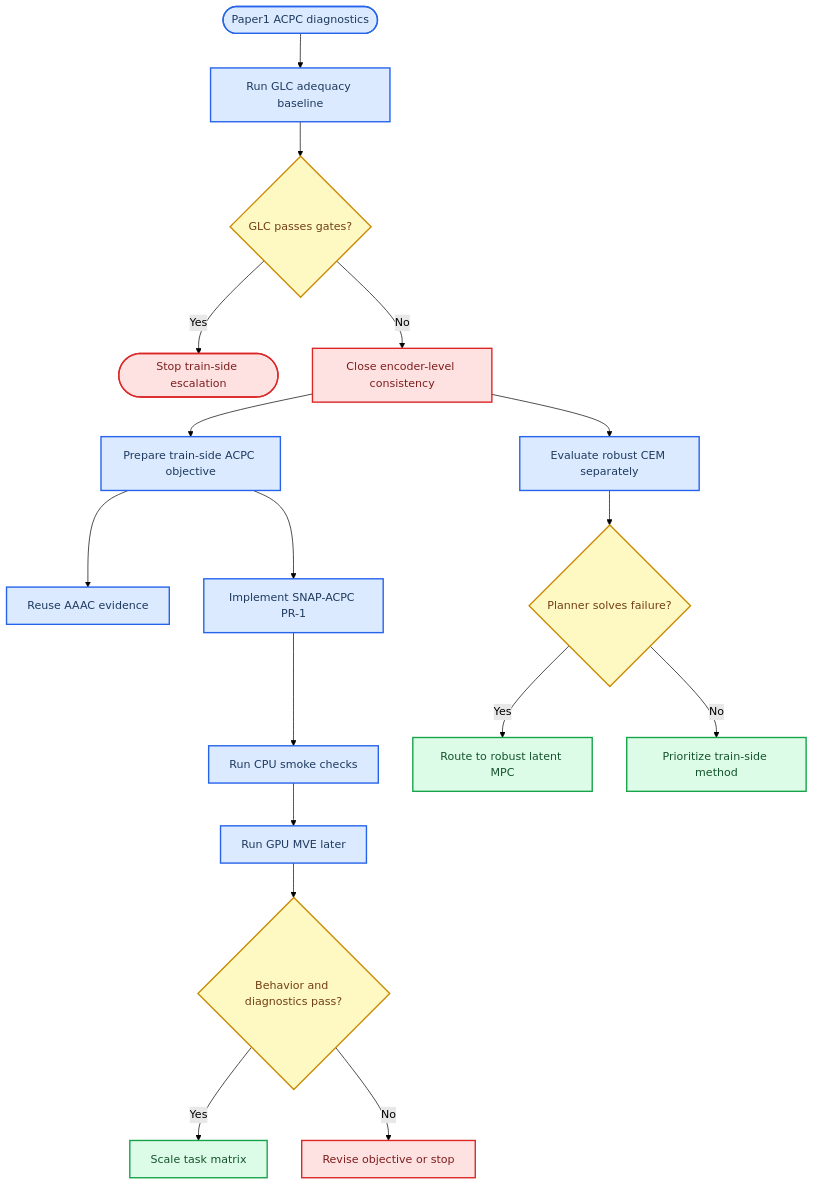
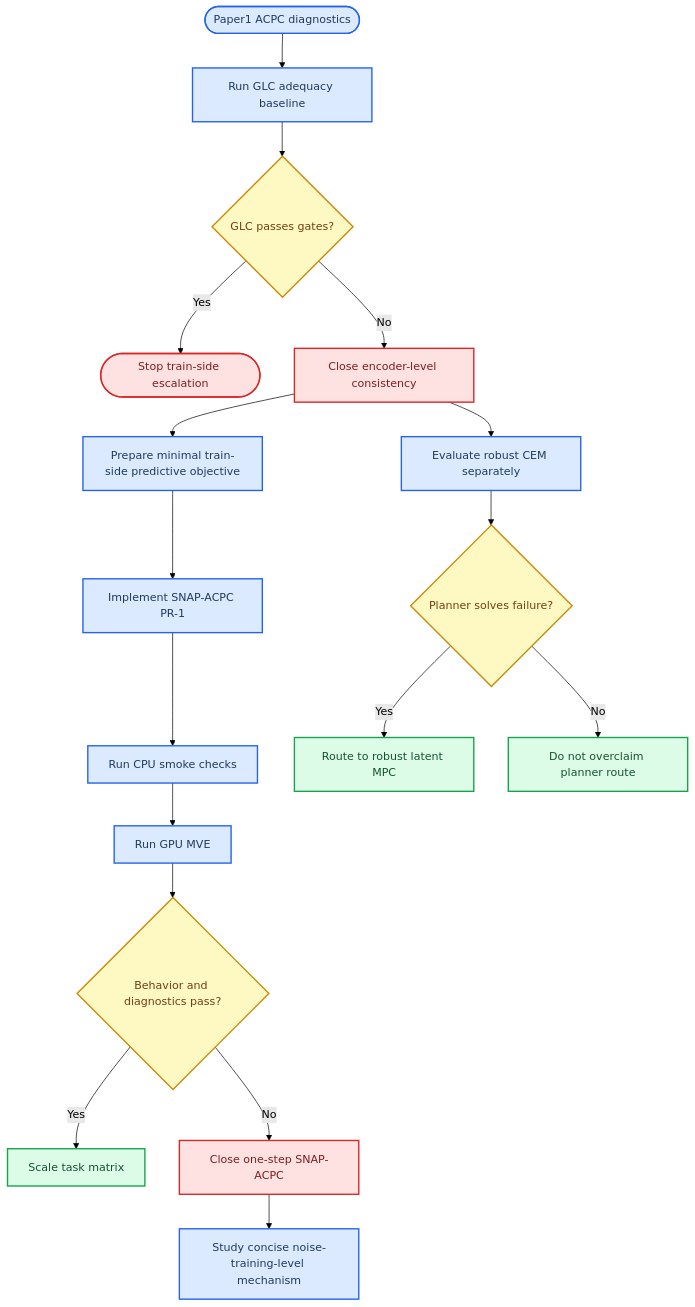
Before and after one commit to Holosemantix/CairnLab: the diagram in paper2/PLAN.md, drawn with Mermaid (forest theme). The commit also changed other lines of this file and 6 other files, not shown here.

````diff
--- a/paper2/PLAN.md
+++ b/paper2/PLAN.md
@@ -135,35 +164,35 @@
 ```mermaid
 flowchart TB
     accTitle: Paper2 Method Gate
     accDescr: Decision flow from Paper1 diagnostics through GLC closure into train-side and planner-side Paper2 candidates
 
     paper1_diag([Paper1 ACPC diagnostics]) --> glc_baseline[Run GLC adequacy baseline]
     glc_baseline --> glc_gate{GLC passes gates?}
     glc_gate -->|Yes| stop_encoder([Stop train-side escalation])
     glc_gate -->|No| close_glc[Close encoder-level consistency]
 
-    close_glc --> train_side[Prepare train-side ACPC objective]
+    close_glc --> train_side[Prepare minimal train-side predictive objective]
     close_glc --> planner_side[Evaluate robust CEM separately]
 
-    train_side --> aaac_existing[Reuse AAAC evidence]
     train_side --> snap_pr1[Implement SNAP-ACPC PR-1]
     snap_pr1 --> cpu_smoke[Run CPU smoke checks]
-    cpu_smoke --> gpu_mve[Run GPU MVE later]
+    cpu_smoke --> gpu_mve[Run GPU MVE]
     gpu_mve --> final_gate{Behavior and diagnostics pass?}
 
     final_gate -->|Yes| scale_tasks[Scale task matrix]
-    final_gate -->|No| revise_objective[Revise objective or stop]
+    final_gate -->|No| close_snap[Close one-step SNAP-ACPC]
+    close_snap --> next_hypothesis[Study concise noise-training-level mechanism]
     planner_side --> planner_gate{Planner solves failure?}
     planner_gate -->|Yes| robust_mpc[Route to robust latent MPC]
-    planner_gate -->|No| train_priority[Prioritize train-side method]
+    planner_gate -->|No| train_priority[Do not overclaim planner route]
 
     classDef evidence fill:#dbeafe,stroke:#2563eb,stroke-width:2px,color:#1e3a5f
     classDef decision fill:#fef9c3,stroke:#ca8a04,stroke-width:2px,color:#713f12
     classDef stop fill:#fee2e2,stroke:#dc2626,stroke-width:2px,color:#7f1d1d
     classDef success fill:#dcfce7,stroke:#16a34a,stroke-width:2px,color:#14532d
 
-    class paper1_diag,glc_baseline,train_side,planner_side,aaac_existing,snap_pr1,cpu_smoke,gpu_mve evidence
+    class paper1_diag,glc_baseline,train_side,planner_side,snap_pr1,cpu_smoke,gpu_mve,next_hypothesis evidence
     class glc_gate,final_gate,planner_gate decision
-    class stop_encoder,close_glc,revise_objective stop
+    class stop_encoder,close_glc,close_snap stop
     class scale_tasks,robust_mpc,train_priority success
 ```
````
